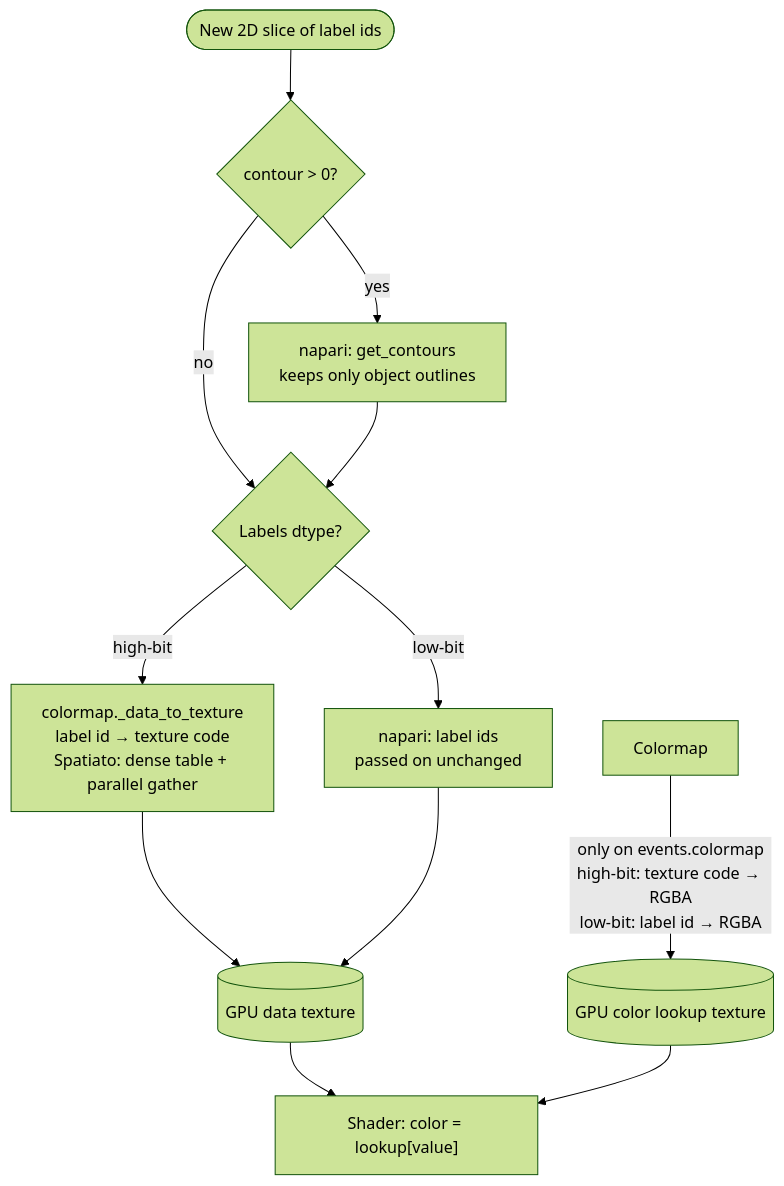
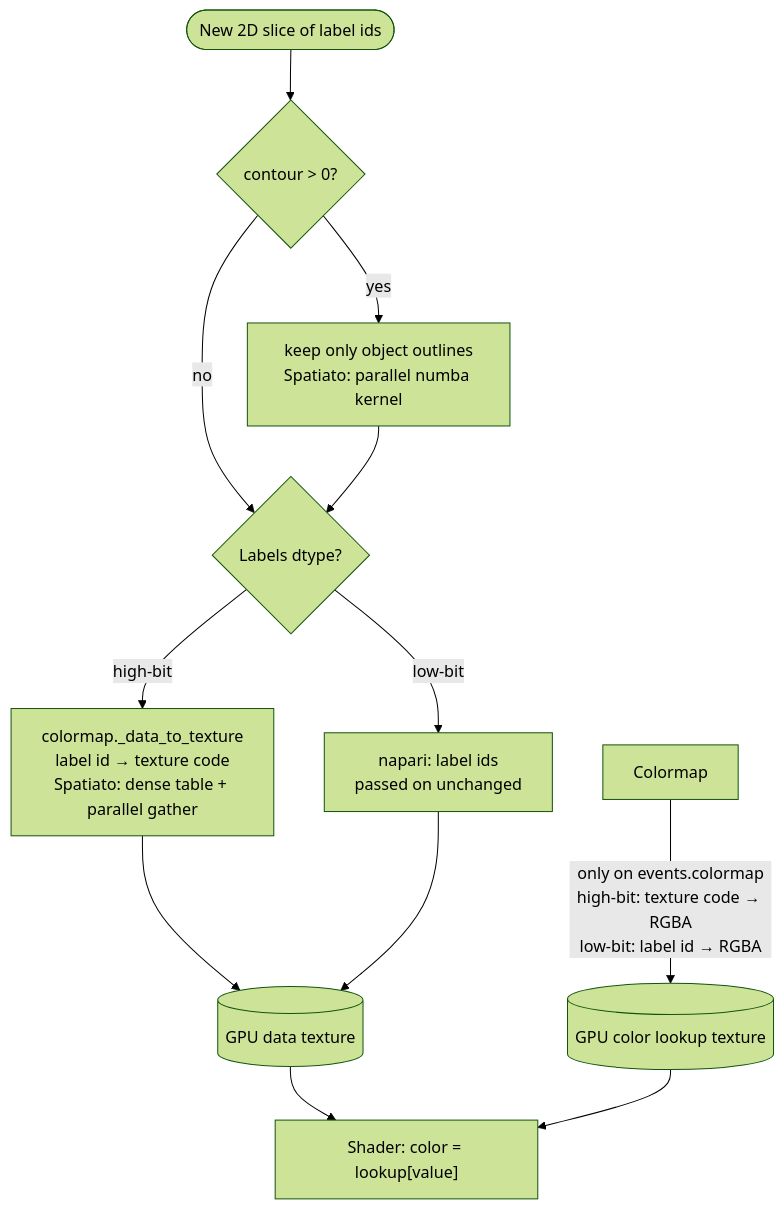
Before and after one commit to vibspatial/spatiato: the first of 2 diagrams in docs/development/labels_coloring.md, drawn with Mermaid (forest theme). The commit also changed other lines of this file and 1 other file, not shown here.

Commit message:
fast contours

````diff
--- a/docs/development/labels_coloring.md
+++ b/docs/development/labels_coloring.md
@@ -134,14 +134,14 @@
 ```mermaid
 flowchart TD
     slice(["New 2D slice of label ids"]) --> contour{"contour > 0?"}
-    contour -- yes --> outlines["napari: get_contours<br/>keeps only object outlines"]
+    contour -- yes --> outlines["keep only object outlines<br/>Spatiato: parallel numba kernel"]
     contour -- no --> dtype{"Labels dtype?"}
     outlines --> dtype
     dtype -- "high-bit" --> recode["colormap._data_to_texture<br/>label id → texture code<br/>Spatiato: dense table + parallel gather"]
     dtype -- "low-bit" --> passthrough["napari: label ids<br/>passed on unchanged"]
     recode --> data_tex[("GPU data texture")]
     passthrough --> data_tex
     cmap["Colormap"] -- "only on events.colormap<br/>high-bit: texture code → RGBA<br/>low-bit: label id → RGBA" --> lookup[("GPU color lookup texture")]
     data_tex --> shader["Shader: color = lookup[value]"]
     lookup --> shader
 ```
````
